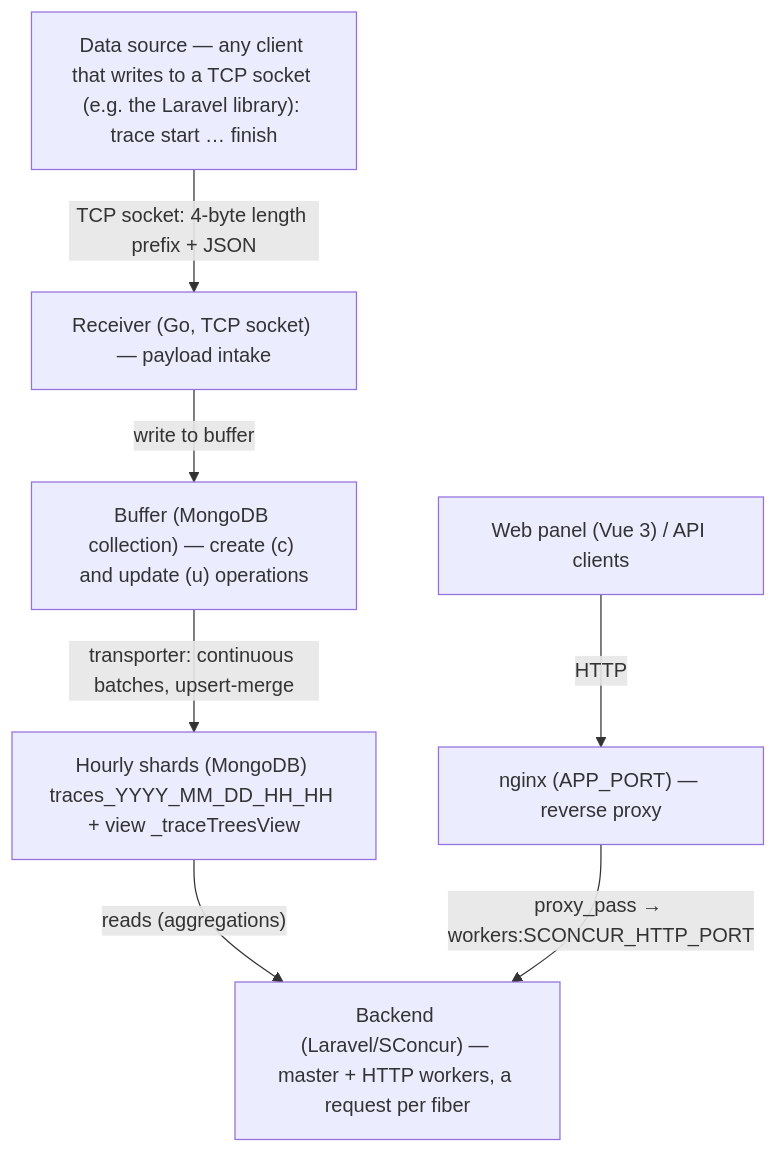
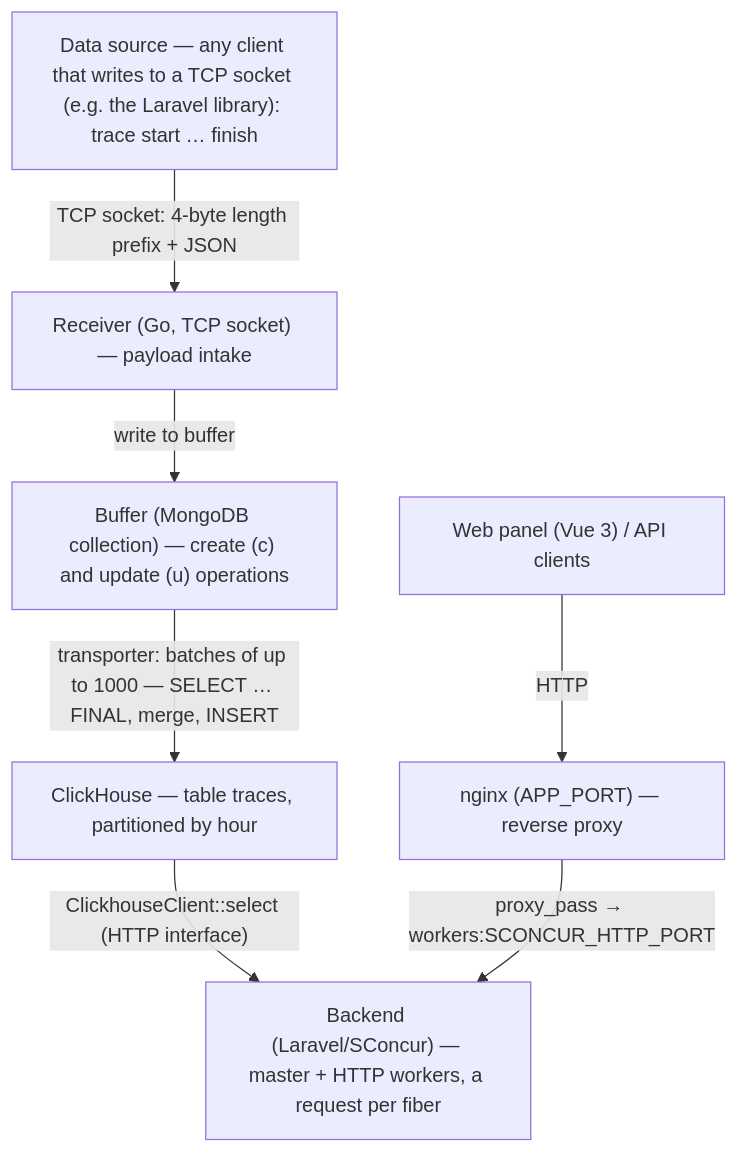
One commit to sprust/slogger changed the diagram in README.md. Above: the diagram before and after it, drawn with Mermaid. The commit also changed other lines of this file and 192 other files, not shown here.

First line of the commit message:
move trace storage from MongoDB to ClickHouse

````diff
--- a/README.md
+++ b/README.md
@@ -33,16 +33,16 @@
 ```mermaid
 flowchart TB
     src["Data source — any client that writes to a TCP socket (e.g. the Laravel library): trace start … finish"]
     receiver["Receiver (Go, TCP socket) — payload intake"]
     buffer["Buffer (MongoDB collection) — create (c) and update (u) operations"]
-    shards["Hourly shards (MongoDB) traces_YYYY_MM_DD_HH_HH + view _traceTreesView"]
+    traces["ClickHouse — table traces, partitioned by hour"]
     backend["Backend (Laravel/SConcur) — master + HTTP workers, a request per fiber"]
     nginx["nginx (APP_PORT) — reverse proxy"]
     ui["Web panel (Vue 3) / API clients"]
     src -->|"TCP socket: 4-byte length prefix + JSON"| receiver
     receiver -->|"write to buffer"| buffer
-    buffer -->|"transporter: continuous batches, upsert-merge"| shards
-    shards -->|"reads (aggregations)"| backend
+    buffer -->|"transporter: batches of up to 1000 — SELECT … FINAL, merge, INSERT"| traces
+    traces -->|"ClickhouseClient::select (HTTP interface)"| backend
     ui -->|"HTTP"| nginx
     nginx -->|"proxy_pass → workers:SCONCUR_HTTP_PORT"| backend
 ```
````
